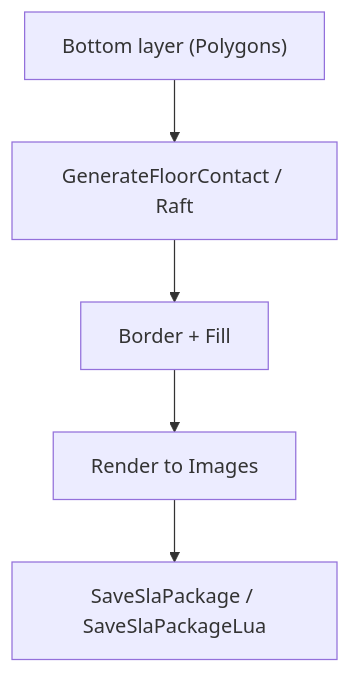
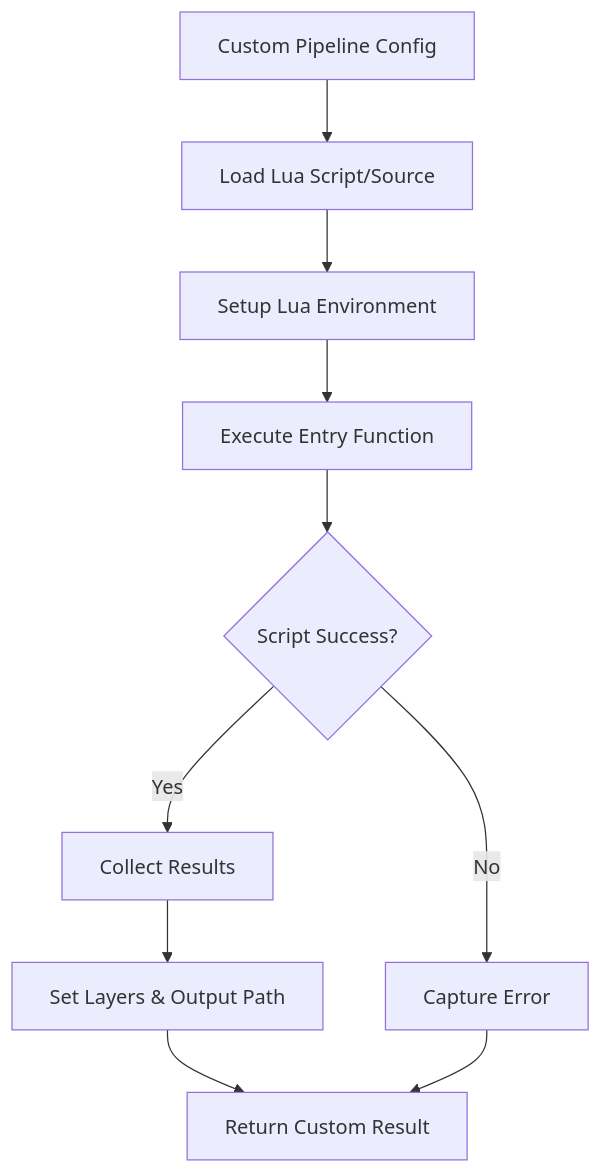
One commit to hsmbanlance/HsBaSlicer changed the fifth of 9 diagrams in .qoder/repowiki/en/content/Core Architecture/Pipeline Types Abstraction.md. Above: the diagram before and after it, drawn with Mermaid. The commit also changed other lines of this file and 14 other files, not shown here.

````diff
--- a/.qoder/repowiki/en/content/Core Architecture/Pipeline Types Abstraction.md
+++ b/.qoder/repowiki/en/content/Core Architecture/Pipeline Types Abstraction.md
@@ -276,7 +349,12 @@
 ```mermaid
 flowchart TD
-A["Bottom layer (Polygons)"] --> B["GenerateFloorContact / Raft"]
-B --> C["Border + Fill"]
-C --> D["Render to Images"]
-D --> E["SaveSlaPackage / SaveSlaPackageLua"]
+A["Custom Pipeline Config"] --> B["Load Lua Script/Source"]
+B --> C["Setup Lua Environment"]
+C --> D["Execute Entry Function"]
+D --> E{"Script Success?"}
+E --> |Yes| F["Collect Results"]
+E --> |No| G["Capture Error"]
+F --> H["Set Layers & Output Path"]
+H --> I["Return Custom Result"]
+G --> I
 ```
````
